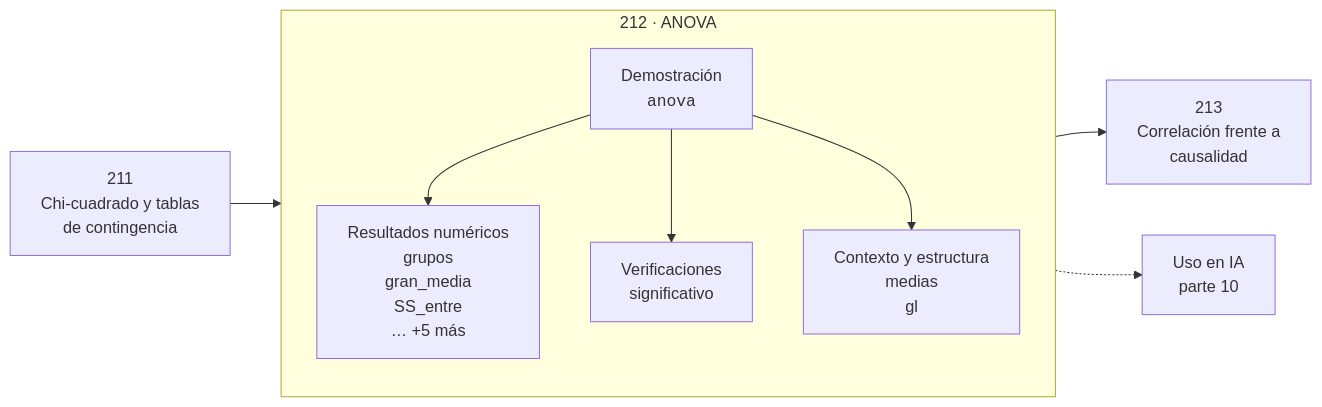
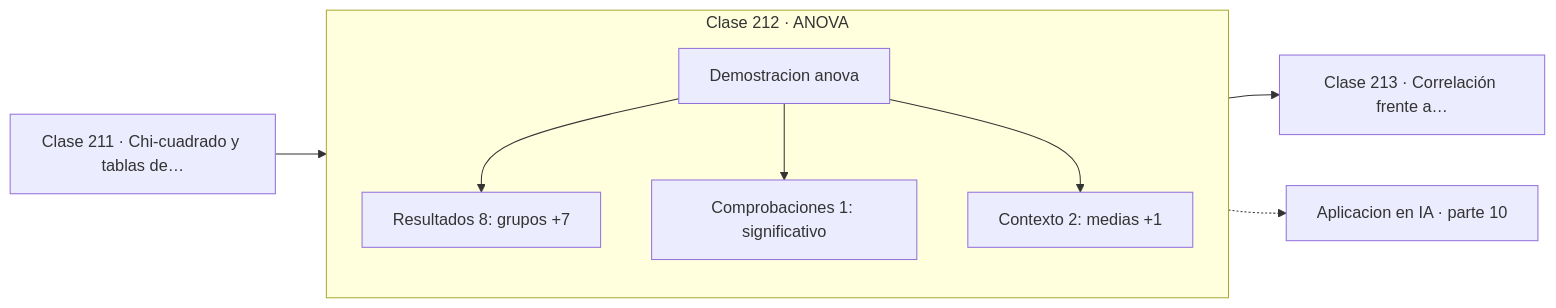
Before and after one commit to vladimiracunadev-create/computational-mathematics-program: the diagram in classes/part-10-estadistica-e-inferencia/212-anova/README.md, drawn with Mermaid. The commit also changed 389 other files, not shown here.

First line of the commit message:
fix(diagramas): elimina el HTML de las etiquetas Mermaid

````diff
--- a/classes/part-10-estadistica-e-inferencia/212-anova/README.md
+++ b/classes/part-10-estadistica-e-inferencia/212-anova/README.md
@@ -30,12 +30,13 @@
 ```mermaid
 flowchart LR
-    P["211<br/>Chi-cuadrado y tablas<br/>de contingencia"] --> C
-    subgraph C["212 · ANOVA"]
+    P["Clase 211 · Chi-cuadrado y tablas de…"] --> D
+    subgraph CLASE["Clase 212 · ANOVA"]
         direction TB
-        D["Demostración<br/><code>anova</code>"] --> R["Resultados numéricos<br/>grupos<br/>gran_media<br/>SS_entre<br/>… +5 más"]
-        D --> V["Verificaciones<br/>significativo"]
-        D --> O["Contexto y estructura<br/>medias<br/>gl"]
+        D["Demostracion anova"]
+        D --> R["Resultados 8: grupos +7"]
+        D --> V["Comprobaciones 1: significativo"]
+        D --> O["Contexto 2: medias +1"]
     end
-    C --> N["213<br/>Correlación frente a<br/>causalidad"]
-    C -.-> IA["Uso en IA<br/>parte 10"]
+    R --> N["Clase 213 · Correlación frente a…"]
+    V -.-> IA["Aplicacion en IA · parte 10"]
 ```
````
